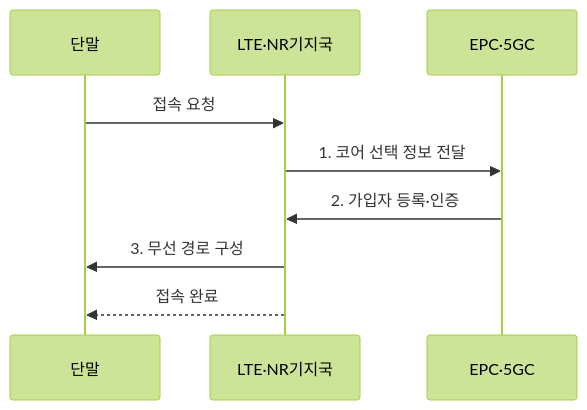
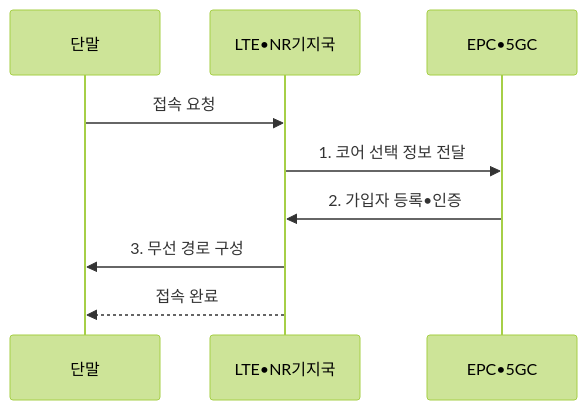
The second of 2 diagrams in src/content/docs/notes/04-network/037_5g_sa_nsa.md (agnusdei1207/knowledge-base), drawn with Mermaid (forest theme) before and after one commit. The commit also changed other lines of this file and 953 other files, not shown here.

````diff
--- a/src/content/docs/notes/04-network/037_5g_sa_nsa.md
+++ b/src/content/docs/notes/04-network/037_5g_sa_nsa.md
@@ -97,11 +97,11 @@
 ```mermaid
 sequenceDiagram
     participant 단말
-    participant LTE·NR기지국
-    participant EPC·5GC
-    단말->>LTE·NR기지국: 접속 요청
-    LTE·NR기지국->>EPC·5GC: 1. 코어 선택 정보 전달
-    EPC·5GC->>LTE·NR기지국: 2. 가입자 등록·인증
-    LTE·NR기지국->>단말: 3. 무선 경로 구성
-    LTE·NR기지국-->>단말: 접속 완료
+    participant LTE•NR기지국
+    participant EPC•5GC
+    단말->>LTE•NR기지국: 접속 요청
+    LTE•NR기지국->>EPC•5GC: 1. 코어 선택 정보 전달
+    EPC•5GC->>LTE•NR기지국: 2. 가입자 등록•인증
+    LTE•NR기지국->>단말: 3. 무선 경로 구성
+    LTE•NR기지국-->>단말: 접속 완료
 ```
````
